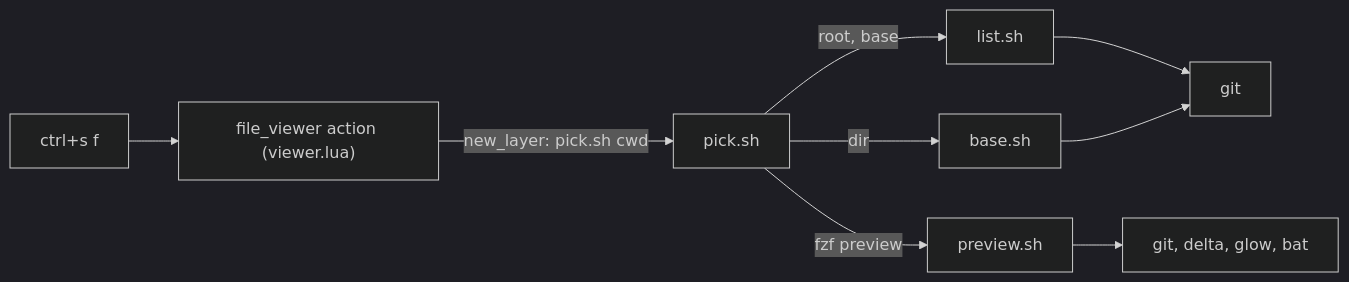
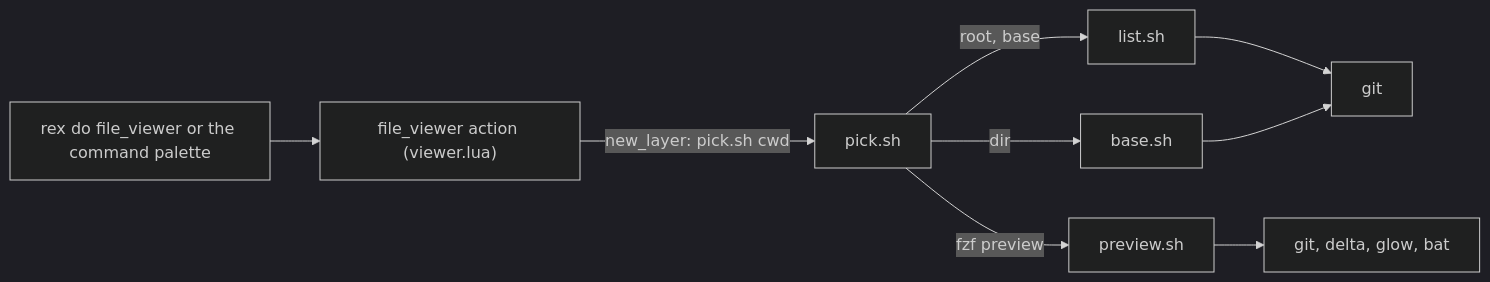
The diagram in docs/changes/rex-file-viewer/plan.md (eirvandelden/dotfiles), drawn with Mermaid (dark theme) before and after one commit. The commit also changed other lines of this file and 3 other files, not shown here.

First line of the commit message:
rex viewer: drop the key bind, herdr owns the ctrl+s prefix

````diff
--- a/docs/changes/rex-file-viewer/plan.md
+++ b/docs/changes/rex-file-viewer/plan.md
@@ -18,11 +18,11 @@
 ```mermaid
 flowchart LR
-  K["ctrl+s f"] --> A["file_viewer action (viewer.lua)"]
+  K["rex do file_viewer or the command palette"] --> A["file_viewer action (viewer.lua)"]
   A -->|"new_layer: pick.sh cwd"| P["pick.sh"]
   P -->|"dir"| B["base.sh"]
   P -->|"root, base"| F["list.sh"]
   P -->|"fzf preview"| V["preview.sh"]
   V --> T["git, delta, glow, bat"]
   F --> G["git"]
   B --> G
 ```
````
